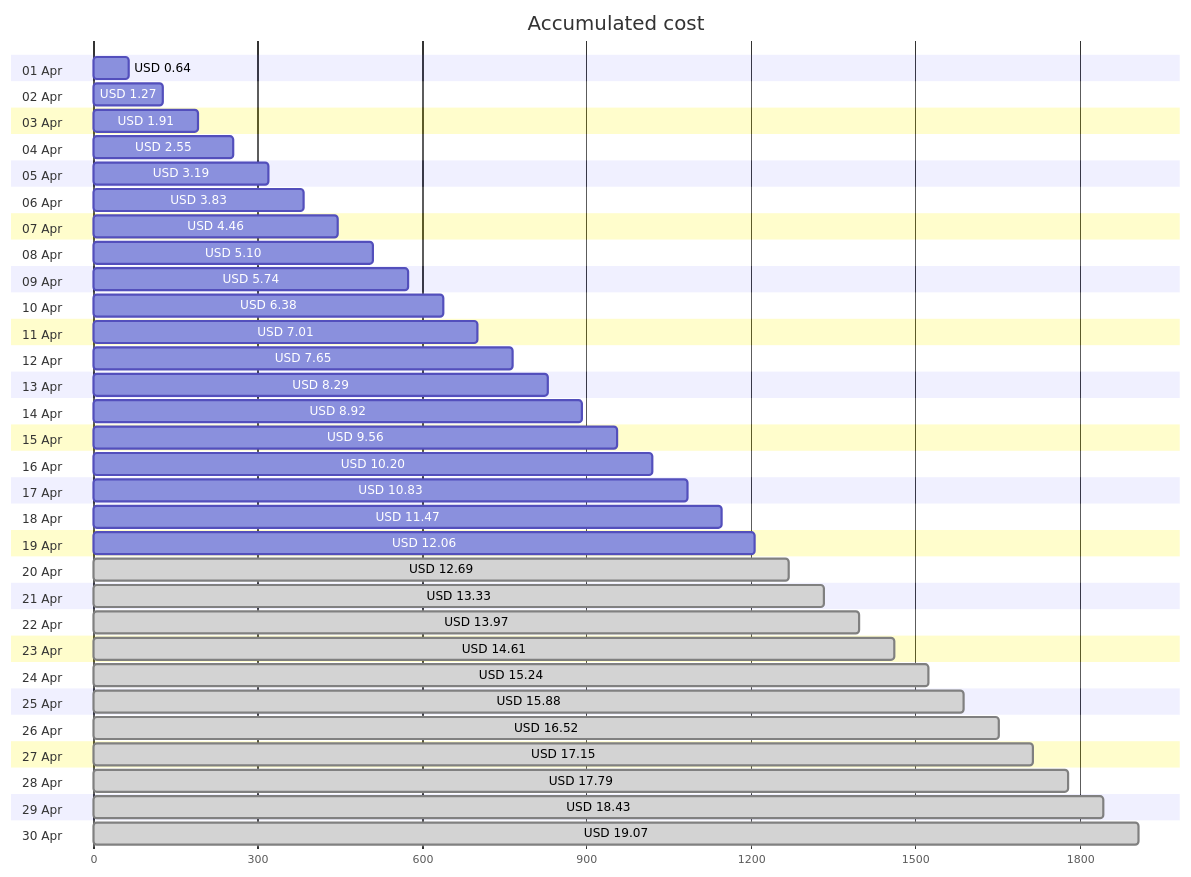
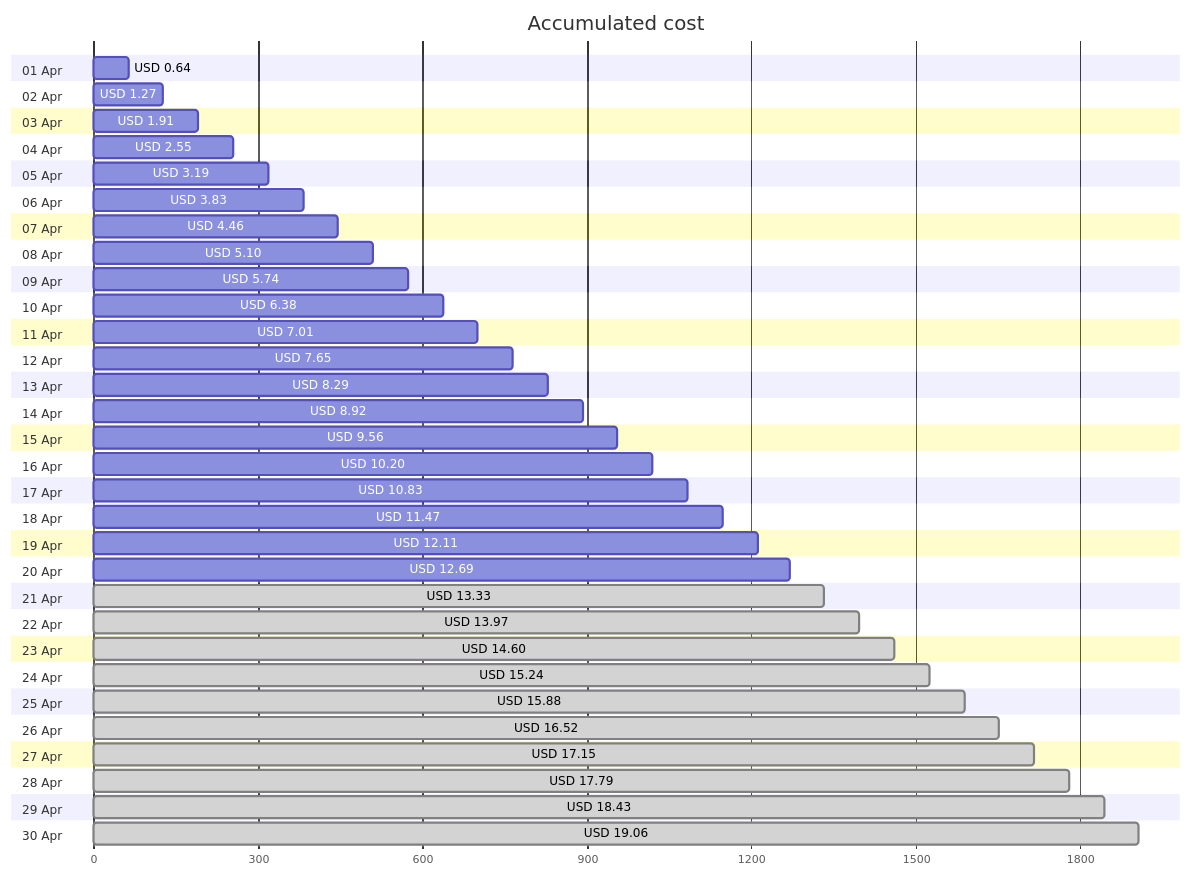
One commit to jpfulton/azure-personal-reports changed the first of 4 diagrams in cost-reports/accumulated-cost.md. Above: the diagram before and after it, drawn with Mermaid. The commit also changed other lines of this file and 4 other files, not shown here.

````diff
--- a/cost-reports/accumulated-cost.md
+++ b/cost-reports/accumulated-cost.md
@@ -20,66 +20,66 @@
 ```mermaid
 gantt
    title Accumulated cost
    dateFormat  X
    axisFormat %s
    section 01 Apr
    USD 0.64 :0, 64
    section 02 Apr
    USD 1.27 :0, 127
    section 03 Apr
    USD 1.91 :0, 191
    section 04 Apr
    USD 2.55 :0, 255
    section 05 Apr
    USD 3.19 :0, 319
    section 06 Apr
    USD 3.83 :0, 383
    section 07 Apr
    USD 4.46 :0, 446
    section 08 Apr
    USD 5.10 :0, 510
    section 09 Apr
    USD 5.74 :0, 574
    section 10 Apr
    USD 6.38 :0, 638
    section 11 Apr
    USD 7.01 :0, 701
    section 12 Apr
    USD 7.65 :0, 765
    section 13 Apr
    USD 8.29 :0, 829
    section 14 Apr
    USD 8.92 :0, 892
    section 15 Apr
    USD 9.56 :0, 956
    section 16 Apr
    USD 10.20 :0, 1020
    section 17 Apr
    USD 10.83 :0, 1083
    section 18 Apr
    USD 11.47 :0, 1147
    section 19 Apr
-   USD 12.06 :0, 1206
+   USD 12.11 :0, 1211
    section 20 Apr
-   USD 12.69 : done, 0, 1269
+   USD 12.69 :0, 1269
    section 21 Apr
    USD 13.33 : done, 0, 1333
    section 22 Apr
    USD 13.97 : done, 0, 1397
    section 23 Apr
-   USD 14.61 : done, 0, 1461
+   USD 14.60 : done, 0, 1460
    section 24 Apr
    USD 15.24 : done, 0, 1524
    section 25 Apr
    USD 15.88 : done, 0, 1588
    section 26 Apr
    USD 16.52 : done, 0, 1652
    section 27 Apr
    USD 17.15 : done, 0, 1715
    section 28 Apr
    USD 17.79 : done, 0, 1779
    section 29 Apr
    USD 18.43 : done, 0, 1843
    section 30 Apr
-   USD 19.07 : done, 0, 1907
+   USD 19.06 : done, 0, 1906
 ```
````
